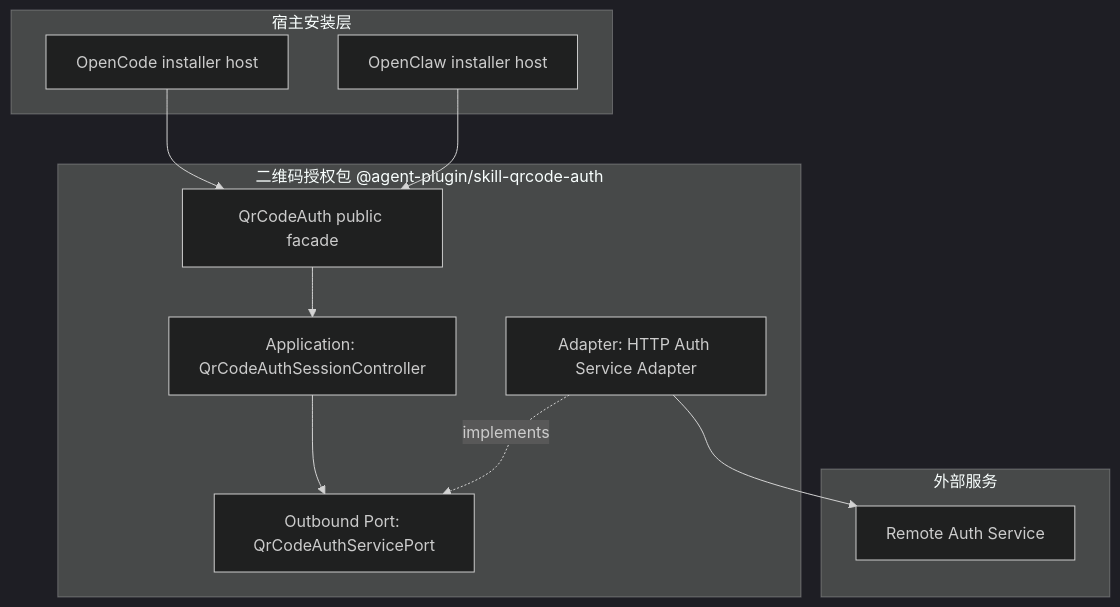
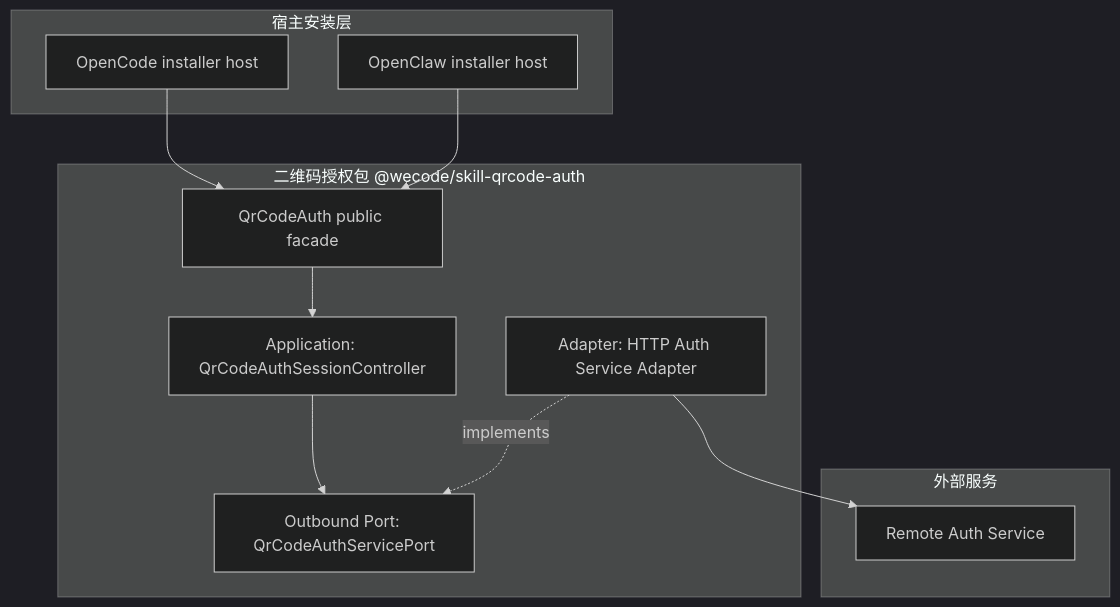
The second of 5 diagrams in docs/design/qrcode-auth-session-solution.md (yuzhangCZ/agent-plugin), drawn with Mermaid (dark theme) before and after one commit. The commit also changed other lines of this file and 22 other files, not shown here.

Commit message:
feat: release skill-qrcode-auth package

````diff
--- a/docs/design/qrcode-auth-session-solution.md
+++ b/docs/design/qrcode-auth-session-solution.md
@@ -434,25 +434,25 @@
 ```mermaid
 flowchart TD
   subgraph Host["宿主安装层"]
     OpenCode["OpenCode installer host"]
     OpenClaw["OpenClaw installer host"]
   end
 
-  subgraph Auth["二维码授权包 @agent-plugin/skill-qrcode-auth"]
+  subgraph Auth["二维码授权包 @wecode/skill-qrcode-auth"]
     API["QrCodeAuth public facade"]
     CTRL["Application: QrCodeAuthSessionController"]
     PORT["Outbound Port: QrCodeAuthServicePort"]
     ADAPTER["Adapter: HTTP Auth Service Adapter"]
   end
 
   subgraph Remote["外部服务"]
     REMOTE["Remote Auth Service"]
   end
 
   OpenCode --> API
   OpenClaw --> API
   API --> CTRL
   CTRL --> PORT
   ADAPTER -.implements.-> PORT
   ADAPTER --> REMOTE
 ```
````
